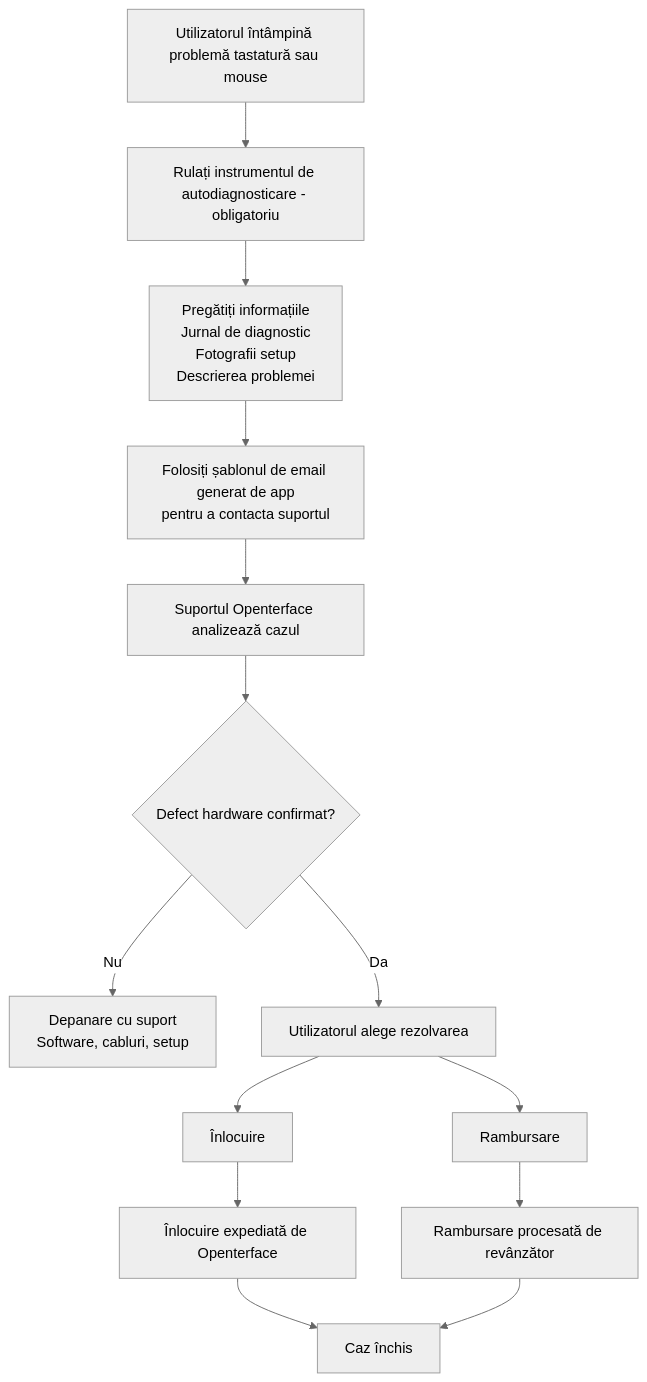
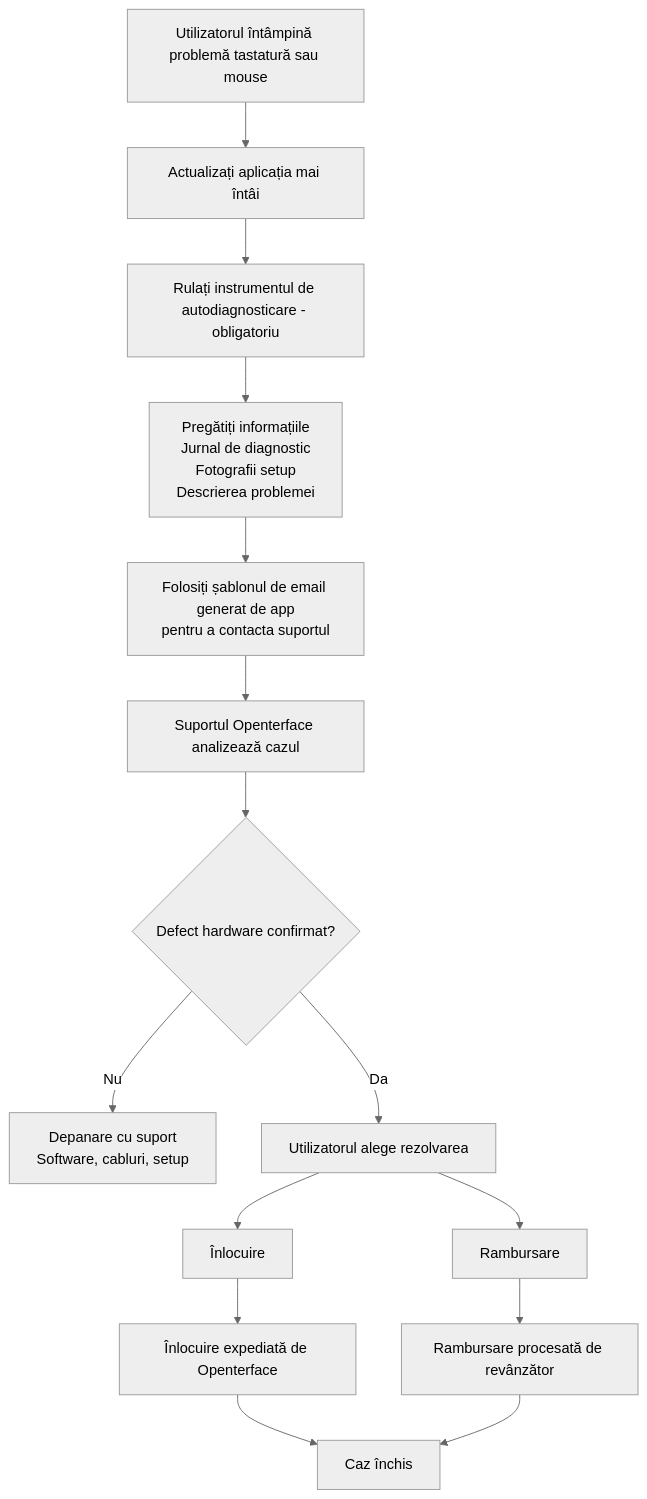
One commit to TechxArtisanStudio/Openterface changed the diagram in docs/product/minikvm/support/mini-kvm-troubleshooting-and-support.ro.md. Above: the diagram before and after it, drawn with Mermaid (neutral theme). The commit also changed other lines of this file and 29 other files, not shown here.

````diff
--- a/docs/product/minikvm/support/mini-kvm-troubleshooting-and-support.ro.md
+++ b/docs/product/minikvm/support/mini-kvm-troubleshooting-and-support.ro.md
@@ -39,21 +39,22 @@
 ```mermaid
 flowchart TD
-    U[Utilizatorul întâmpină problemă tastatură sau mouse] --> D[Rulați instrumentul de autodiagnosticare - obligatoriu]
+    U[Utilizatorul întâmpină problemă tastatură sau mouse] --> A[Actualizați aplicația mai întâi]
+    A --> D[Rulați instrumentul de autodiagnosticare - obligatoriu]
 
     D --> P[Pregătiți informațiile<br/>Jurnal de diagnostic<br/>Fotografii setup<br/>Descrierea problemei]
 
     P --> E[Folosiți șablonul de email generat de app<br/>pentru a contacta suportul]
 
     E --> S[Suportul Openterface analizează cazul]
 
     S --> R{Defect hardware confirmat?}
 
     R -- Nu --> F[Depanare cu suport<br/>Software, cabluri, setup]
     R -- Da --> C[Utilizatorul alege rezolvarea]
 
     C --> Înlocuire --> REP[Înlocuire expediată de Openterface]
     C --> Rambursare --> REF[Rambursare procesată de revânzător]
 
     REP --> END[Caz închis]
     REF --> END
 ```
````
